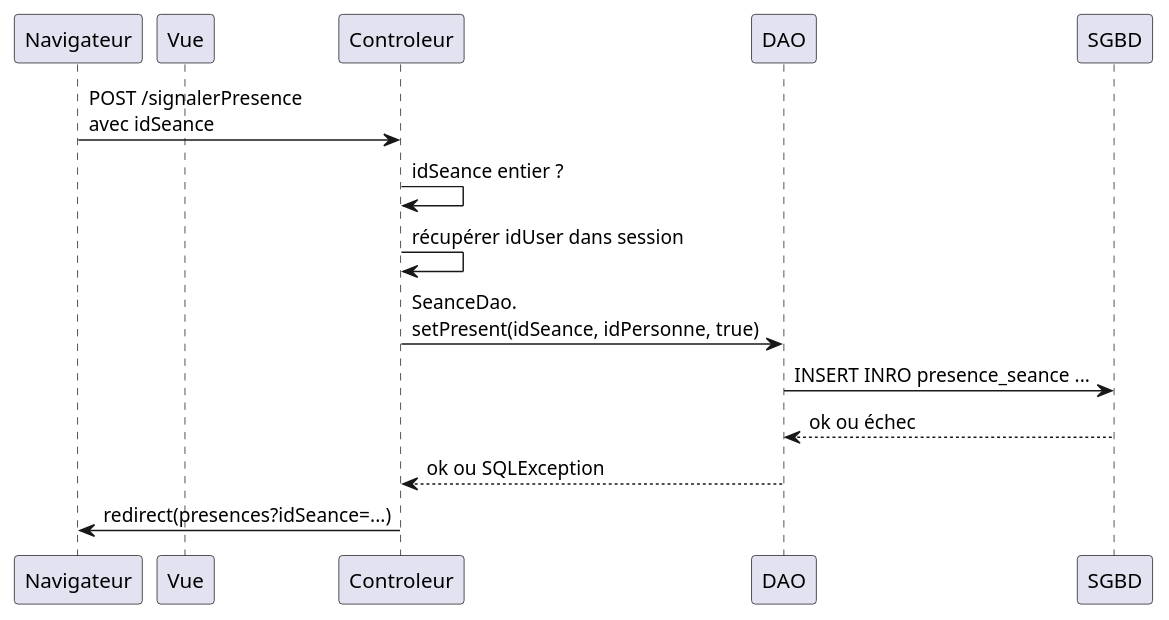
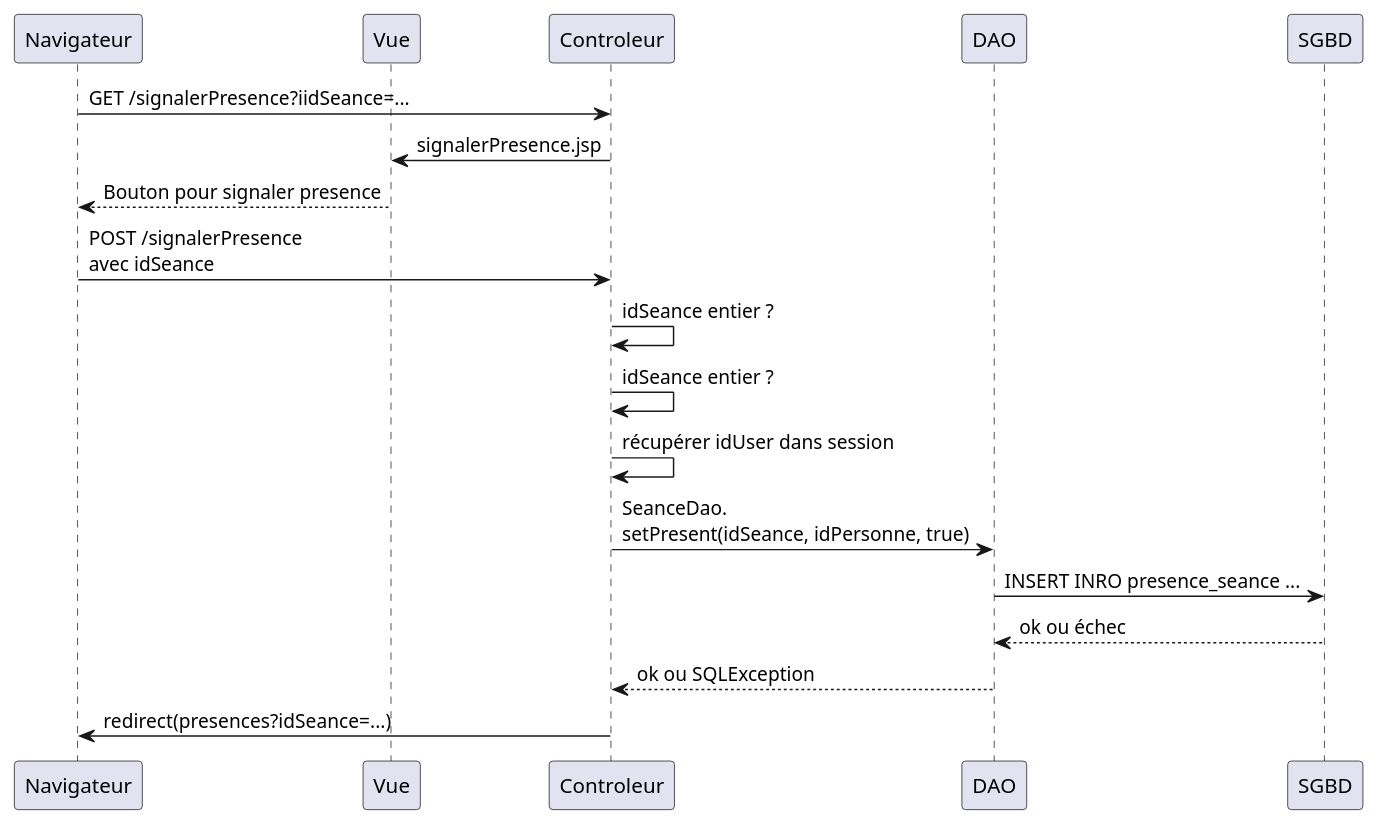
Before and after one commit to michel-plasse/SIOMassy2022: the diagram in src/main/uml/signalerPresence.puml, drawn with PlantUML. The commit also changed 2 other files, not shown here.

Commit message:
ajouter signalerPresene.jsp, SignalerPresenceServlet.java, signalerPresence.puml

```diff
--- a/src/main/uml/signalerPresence.puml
+++ b/src/main/uml/signalerPresence.puml
@@ -1,14 +1,18 @@
 @startuml
 participant Navigateur
 participant Vue
 
+Navigateur -> Controleur: GET /signalerPresence?iidSeance=...
+Controleur -> Vue : signalerPresence.jsp
+Vue --> Navigateur : Bouton pour signaler presence
 Navigateur -> Controleur: POST /signalerPresence\navec idSeance
+Controleur -> Controleur: idSeance entier ?
 Controleur -> Controleur: idSeance entier ?
 Controleur -> Controleur: récupérer idUser dans session
 Controleur -> DAO: SeanceDao.\nsetPresent(idSeance, idPersonne, true)
 
 DAO -> SGBD: INSERT INRO presence_seance ...
 SGBD --> DAO: ok ou échec
 DAO --> Controleur:  ok ou SQLException
 Controleur -> Navigateur: redirect(presences?idSeance=...)
 @enduml
```
